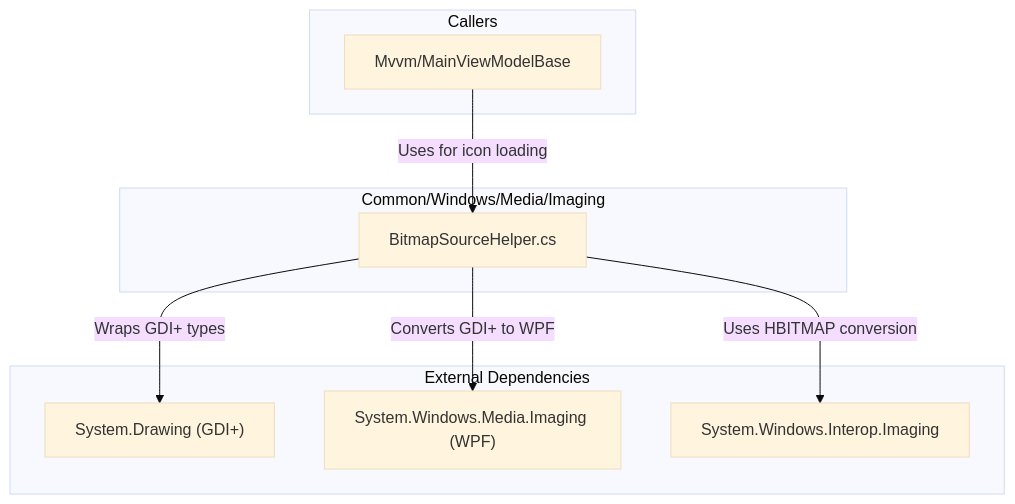
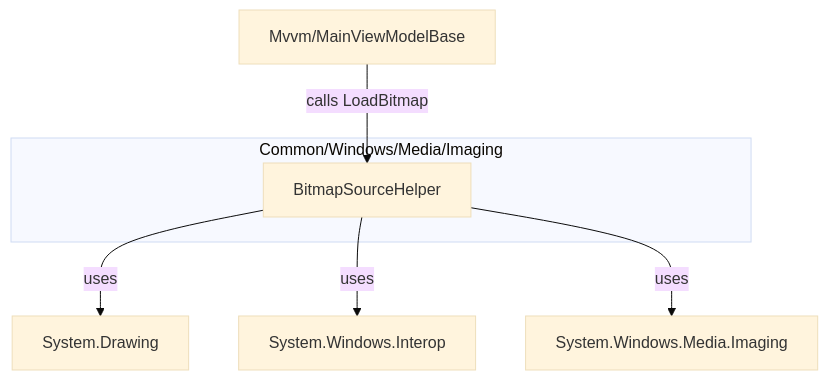
Before and after one commit to wetzlmaier-scch/mvvm: the diagram in doc/Common/Windows/Media/Imaging.md, drawn with Mermaid (base theme). The commit also changed other lines of this file and 111 other files, not shown here.

````diff
--- a/doc/Common/Windows/Media/Imaging.md
+++ b/doc/Common/Windows/Media/Imaging.md
@@ -17,21 +15,12 @@
 ```mermaid
 flowchart TD
     subgraph "Common/Windows/Media/Imaging"
-        BSH["BitmapSourceHelper.cs"]
+        BSH["BitmapSourceHelper"]
     end
     
-    subgraph "External Dependencies"
-        GDI["System.Drawing (GDI+)"]
-        WPF["System.Windows.Media.Imaging (WPF)"]
-        Interop["System.Windows.Interop.Imaging"]
-    end
-
-    subgraph "Callers"
-        MVVM["Mvvm/MainViewModelBase"]
-    end
-
-    MVVM -->|"Uses for icon loading"| BSH
-    BSH -->|"Converts GDI+ to WPF"| WPF
-    BSH -->|"Uses HBITMAP conversion"| Interop
-    BSH -->|"Wraps GDI+ types"| GDI
+    MainVM["Mvvm/MainViewModelBase"] -->|calls LoadBitmap| BSH
+    
+    BSH -->|uses| SysDraw["System.Drawing"]
+    BSH -->|uses| SysWinInterop["System.Windows.Interop"]
+    BSH -->|uses| SysWinMedia["System.Windows.Media.Imaging"]
 ```
````
